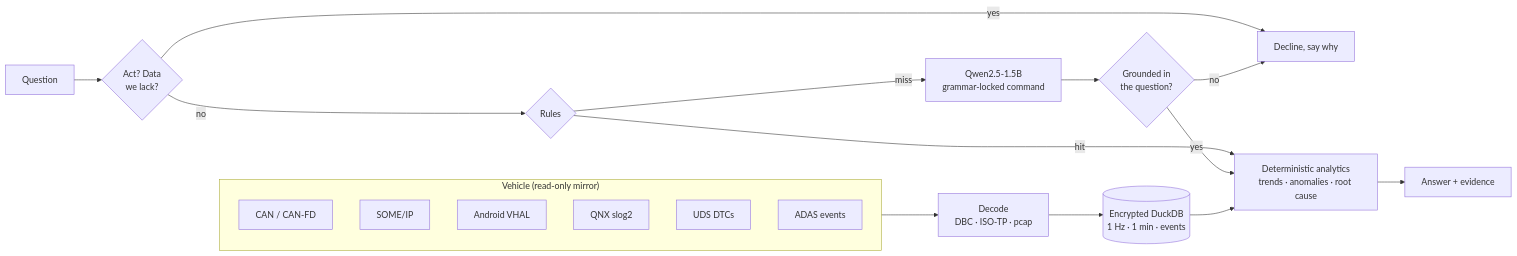
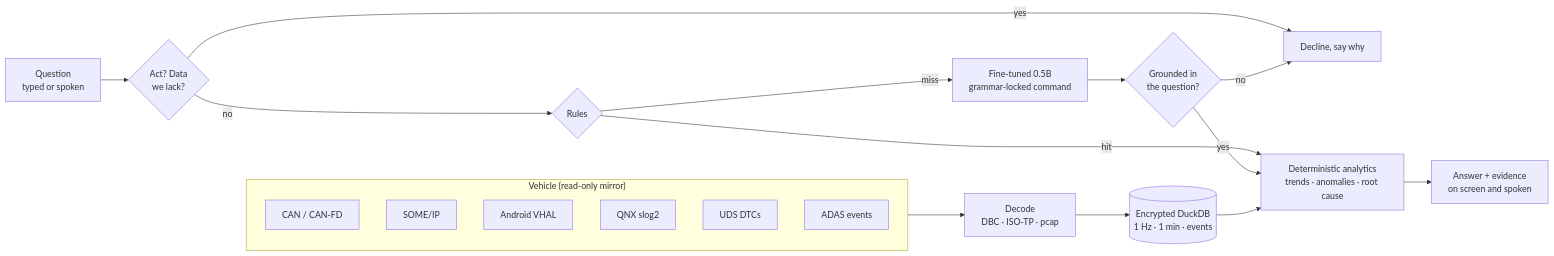
Before and after one commit to meet-png/edgecar-ai: the diagram in README.md, drawn with Mermaid. The commit also changed other lines of this file and 7 other files, not shown here.

First line of the commit message:
Docs: the app, our model and corrected numbers; roadmap, labelling rules, outside-set protocol

````diff
--- a/README.md
+++ b/README.md
@@ -30,14 +38,14 @@
 ```mermaid
 flowchart LR
     subgraph BUS["Vehicle (read-only mirror)"]
         CAN[CAN / CAN-FD] & SOMEIP[SOME/IP] & VHAL[Android VHAL] & QNX[QNX slog2] & DIAG[UDS DTCs] & ADAS[ADAS events]
     end
     BUS --> ING[Decode<br/>DBC · ISO-TP · pcap] --> STORE[(Encrypted DuckDB<br/>1 Hz · 1 min · events)]
-    Q[Question] --> GUARD{Act? Data<br/>we lack?} -- no --> FAST{Rules}
+    Q[Question<br/>typed or spoken] --> GUARD{Act? Data<br/>we lack?} -- no --> FAST{Rules}
     GUARD -- yes --> DECLINE[Decline, say why]
-    FAST -- miss --> SLM[Qwen2.5-1.5B<br/>grammar-locked command] --> GROUND{Grounded in<br/>the question?}
+    FAST -- miss --> SLM[Fine-tuned 0.5B<br/>grammar-locked command] --> GROUND{Grounded in<br/>the question?}
     GROUND -- no --> DECLINE
     FAST -- hit --> ENG[Deterministic analytics<br/>trends · anomalies · root cause]
     GROUND -- yes --> ENG
-    STORE --> ENG --> ANS[Answer + evidence]
+    STORE --> ENG --> ANS[Answer + evidence<br/>on screen and spoken]
 ```
````
